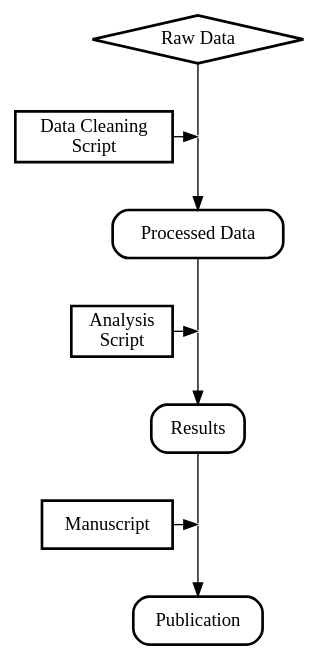
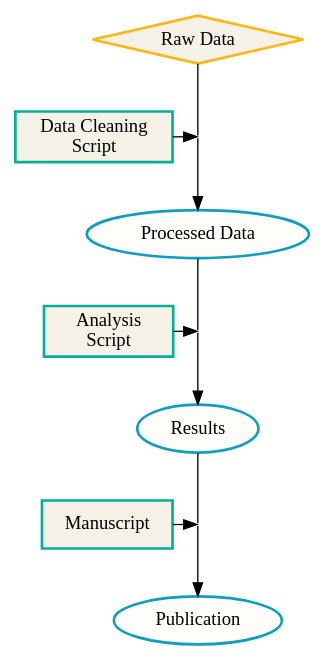
The diagram in figure/rr.dot (zkamvar/ELI2017), drawn with Graphviz before and after one commit. The commit also changed 1 other file, not shown here.

Commit message:
add color to figure

```diff
--- a/figure/rr.dot
+++ b/figure/rr.dot
@@ -1,38 +1,38 @@
 digraph {
-
-    node[shape="box", style="rounded", penwidth = 2]
+    margin = 0
+    node[shape="ellipse", penwidth = 2, style = "filled", fillcolor = "#fefdfa", color = "#109dc0"]
         processed_data; results; publication;
-    node[shape = "box", style = "", penwidth = 2]
+    node[shape = "box", penwidth = 2, width = 1.35, style = "filled", fillcolor = "#f5f1e7", color = "#00b098"]
         code1; code2; code3;
-    node[shape = "diamond", style = "", penwidth = 2]
+    node[shape = "diamond", penwidth = 2, style = "filled", fillcolor = "#f5f1e7", color = "#fdb71a"]
         data;
     node[shape = "none", width = 0, height = 0, label = ""]
         p1; p2; p3;
 
     
     data -> p1[arrowhead=none];
     code1 -> p1;
     p1 -> processed_data;
 
     processed_data -> p2[arrowhead=none];
     code2 -> p2;
     p2 -> results;
     
     results -> p3[arrowhead=none];
     code3 -> p3;
     p3 -> publication;
  
     data[label = "Raw Data"]
     processed_data[label="Processed Data"]
     results[label="Results"]
     publication[label = "Publication"]
 
     code1[label = "Data Cleaning\nScript"];
     code2[label = "Analysis\nScript"];
     code3[label = "Manuscript"];
 
     {rank = "same"; code1, p1}
     {rank = "same"; code2, p2}
     {rank = "same"; code3, p3}
 
 }
```
